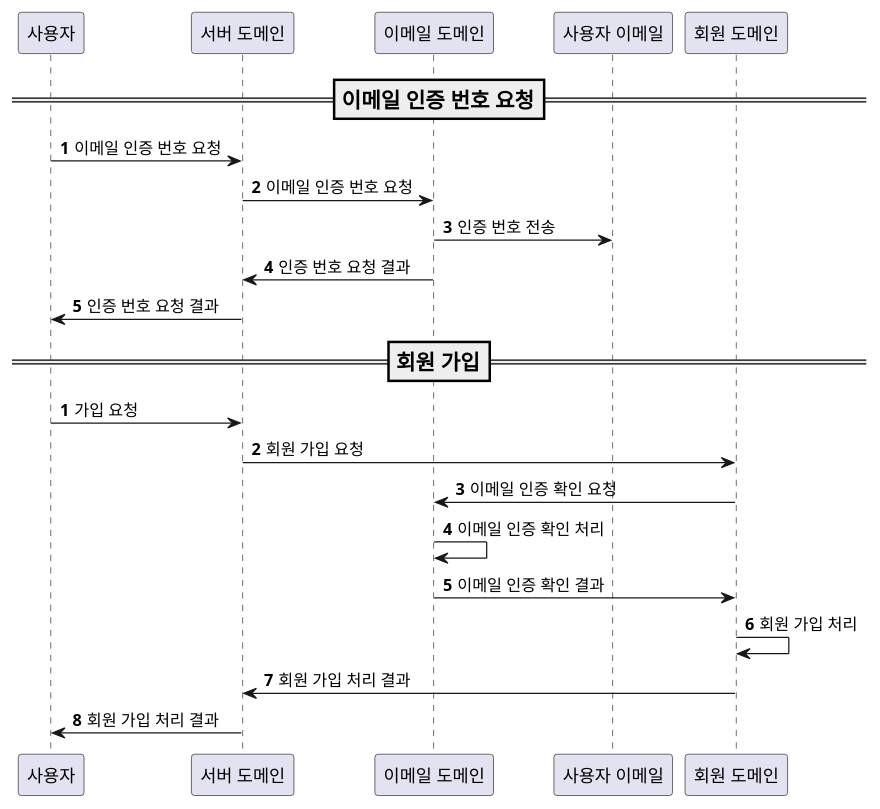
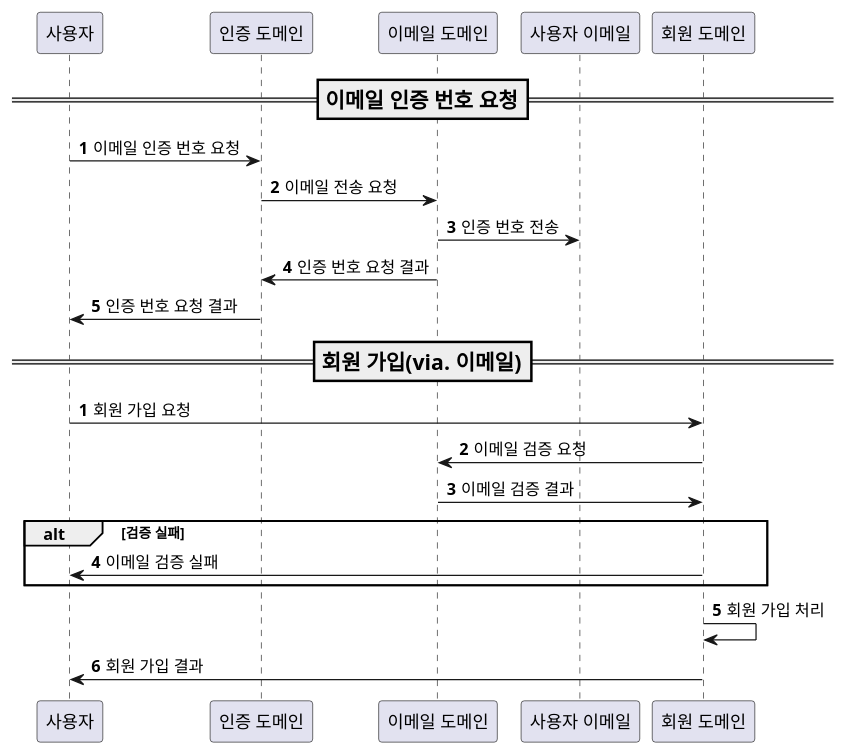
One commit to dykim-base-project/boot2-hexagonal changed the diagram in .uml/signup/Sequence.puml. Above: the diagram before and after it, drawn with PlantUML. The commit also changed 105 other files, not shown here.

First line of the commit message:
feat: 인증 도메인 및 이메일 인증 번호 발송 기능 일부 구현

```diff
--- a/.uml/signup/Sequence.puml
+++ b/.uml/signup/Sequence.puml
@@ -1,20 +1,20 @@
 @startuml
 autonumber
 === 이메일 인증 번호 요청 ==
-사용자 -> "서버 도메인": 이메일 인증 번호 요청
-"서버 도메인" -> "이메일 도메인": 이메일 인증 번호 요청
+사용자 -> "인증 도메인": 이메일 인증 번호 요청
+"인증 도메인" -> "이메일 도메인": 이메일 전송 요청
 "이메일 도메인" -> "사용자 이메일": 인증 번호 전송
-"이메일 도메인" -> "서버 도메인": 인증 번호 요청 결과
-"서버 도메인" -> 사용자: 인증 번호 요청 결과
+"이메일 도메인" -> "인증 도메인": 인증 번호 요청 결과
+"인증 도메인" -> 사용자: 인증 번호 요청 결과
 
 autonumber
-=== 회원 가입 ==
-사용자 -> "서버 도메인": 가입 요청
-"서버 도메인" -> "회원 도메인": 회원 가입 요청
-"회원 도메인" -> "이메일 도메인": 이메일 인증 확인 요청
-"이메일 도메인" -> "이메일 도메인": 이메일 인증 확인 처리
-"이메일 도메인" -> "회원 도메인": 이메일 인증 확인 결과
+=== 회원 가입(via. 이메일) ==
+사용자 -> "회원 도메인": 회원 가입 요청
+"회원 도메인" -> "이메일 도메인": 이메일 검증 요청
+"이메일 도메인" -> "회원 도메인": 이메일 검증 결과
+alt 검증 실패
+  "회원 도메인" -> 사용자: 이메일 검증 실패
+end
 "회원 도메인" -> "회원 도메인": 회원 가입 처리
-"회원 도메인" -> "서버 도메인": 회원 가입 처리 결과
-"서버 도메인" -> 사용자: 회원 가입 처리 결과
+"회원 도메인" -> 사용자: 회원 가입 결과
 @enduml
```
